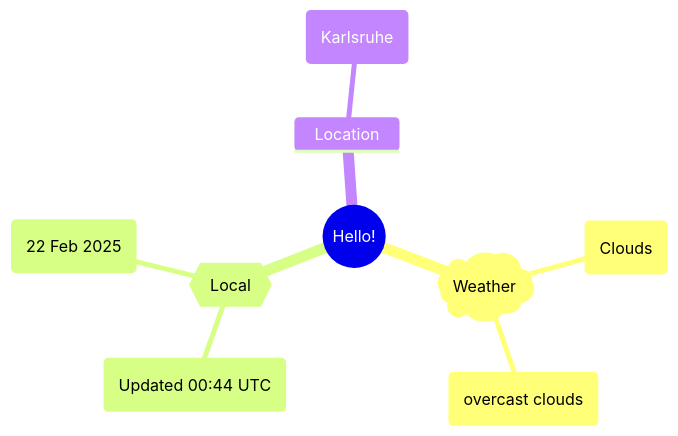
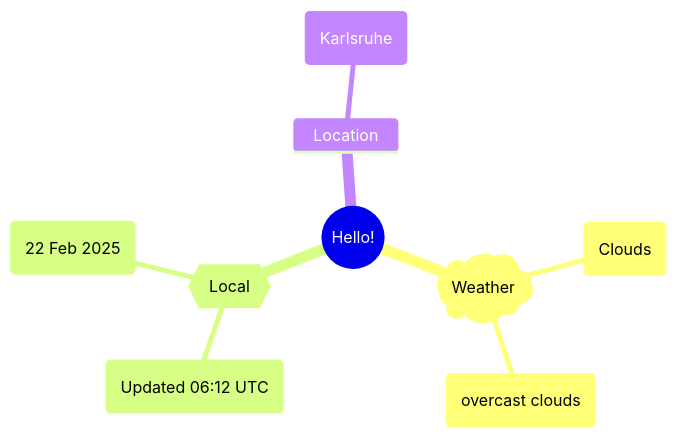
One commit to Xosrov/Xosrov changed the first of 2 diagrams in README.md. Above: the diagram before and after it, drawn with Mermaid.

Commit message:
[bot] updated images

````diff
--- a/README.md
+++ b/README.md
@@ -3,12 +3,12 @@
 ```mermaid
 mindmap
   root((Hello!))
     )Weather(
         (Clouds)
         (overcast clouds)
     {{Local}}
-        (Updated 00:44 UTC)
+        (Updated 06:12 UTC)
         (22 Feb 2025)
     Location
         (Karlsruhe)
 ```
````
